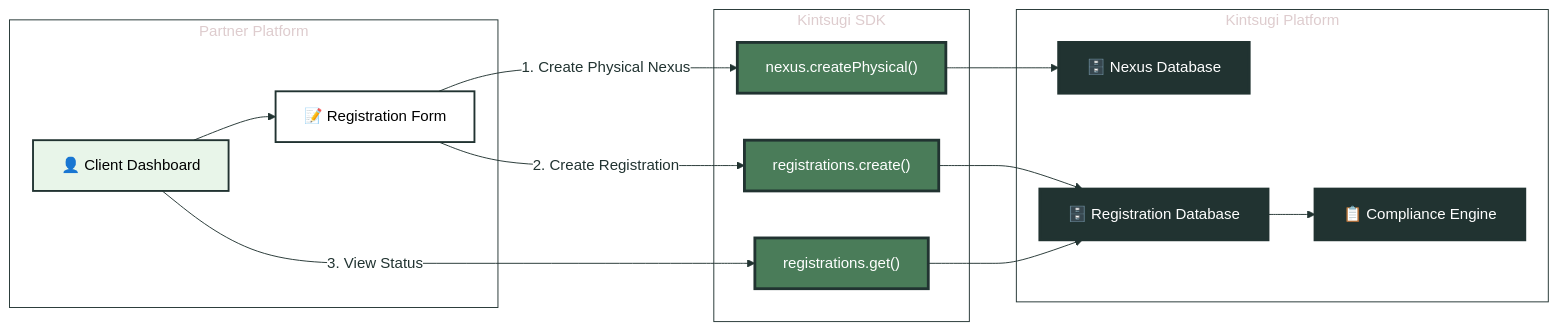
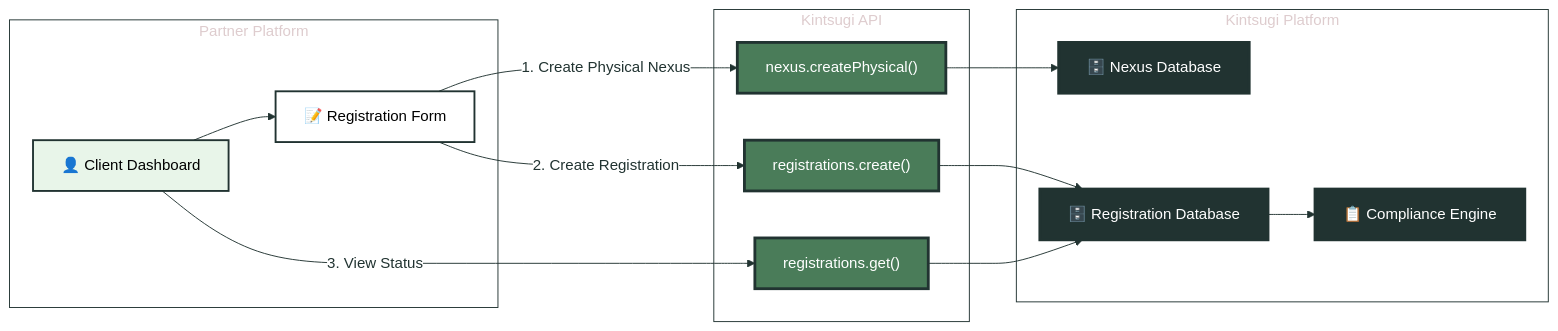
One commit to kintsugi-tax/docs-v2 changed the second of 2 diagrams in docs/api-guides-partners/nexus-registration.mdx. Above: the diagram before and after it, drawn with Mermaid. The commit also changed other lines of this file and 2 other files, not shown here.

Commit message:
partner guide language updates

````diff
--- a/docs/api-guides-partners/nexus-registration.mdx
+++ b/docs/api-guides-partners/nexus-registration.mdx
@@ -233,38 +233,38 @@
 ```mermaid
 %%{init: {'theme':'base', 'themeVariables': {'primaryColor':'#FFFFFF','primaryTextColor':'#213331','primaryBorderColor':'#213331','lineColor':'#213331','secondaryColor':'#FFFFFF','tertiaryColor':'#213331','edgeLabelBackground':'#FFFFFF','edgeLabelColor':'#213331','edgeStrokeWidth':'2px','edgeStroke':'#213331','arrowheadColor':'#213331','clusterBkg':'transparent','clusterBorder':'#213331','defaultLinkColor':'#213331'}}}%%
 flowchart LR
     subgraph Partner["Partner Platform"]
         Client["👤 Client Dashboard"]
         Form["📝 Registration Form"]
     end
     
-    subgraph SDK["Kintsugi SDK"]
+    subgraph API["Kintsugi API"]
         NexusAPI["nexus.createPhysical()"]
         RegAPI["registrations.create()"]
         GetAPI["registrations.get()"]
     end
     
     subgraph Kintsugi["Kintsugi Platform"]
         NexusDB["🗄️ Nexus Database"]
         RegDB["🗄️ Registration Database"]
         Compliance["📋 Compliance Engine"]
     end
     
     Client --> Form
     Form -->|"1. Create Physical Nexus"| NexusAPI
     NexusAPI --> NexusDB
     Form -->|"2. Create Registration"| RegAPI
     RegAPI --> RegDB
     RegDB --> Compliance
     Client -->|"3. View Status"| GetAPI
     GetAPI --> RegDB
     
     style Client fill:#e8f5e9,stroke:#213331,stroke-width:2px,color:#000000
     style Form fill:#FFFFFF,stroke:#213331,stroke-width:2px,color:#000000
     style NexusAPI fill:#4a7c59,stroke:#213331,stroke-width:3px,color:#FFFFFF
     style RegAPI fill:#4a7c59,stroke:#213331,stroke-width:3px,color:#FFFFFF
     style GetAPI fill:#4a7c59,stroke:#213331,stroke-width:3px,color:#FFFFFF
     style NexusDB fill:#213331,stroke:#213331,stroke-width:3px,color:#FFFFFF
     style RegDB fill:#213331,stroke:#213331,stroke-width:3px,color:#FFFFFF
     style Compliance fill:#213331,stroke:#213331,stroke-width:3px,color:#FFFFFF
 ```
````
